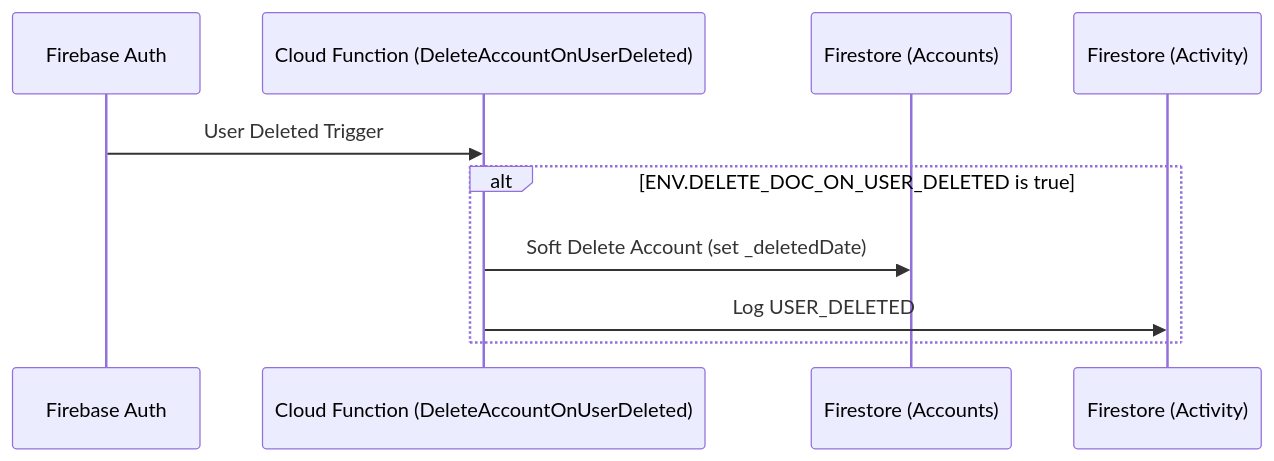
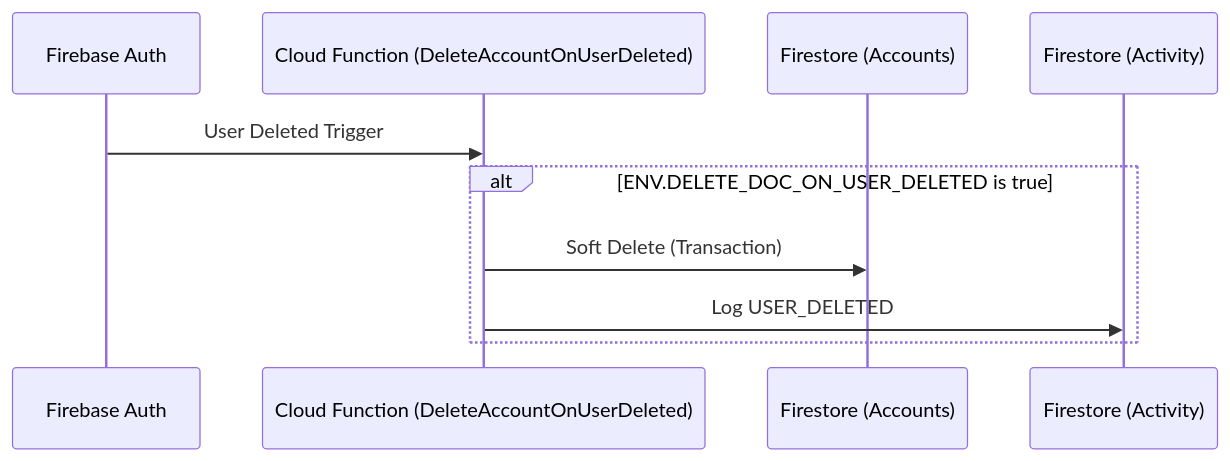
One commit to orion-next/firebase-firestore-iam changed the second of 5 diagrams in README.md. Above: the diagram before and after it, drawn with Mermaid. The commit also changed other lines of this file and 9 other files, not shown here.

````diff
--- a/README.md
+++ b/README.md
@@ -62,13 +65,13 @@
 ```mermaid
 sequenceDiagram
     participant Auth as Firebase Auth
     participant Func as Cloud Function (DeleteAccountOnUserDeleted)
     participant FS as Firestore (Accounts)
     participant Log as Firestore (Activity)
 
     Auth->>Func: User Deleted Trigger
     alt ENV.DELETE_DOC_ON_USER_DELETED is true
-        Func->>FS: Soft Delete Account (set _deletedDate)
+        Func->>FS: Soft Delete (Transaction)
         Func->>Log: Log USER_DELETED
     end
 ```
````
